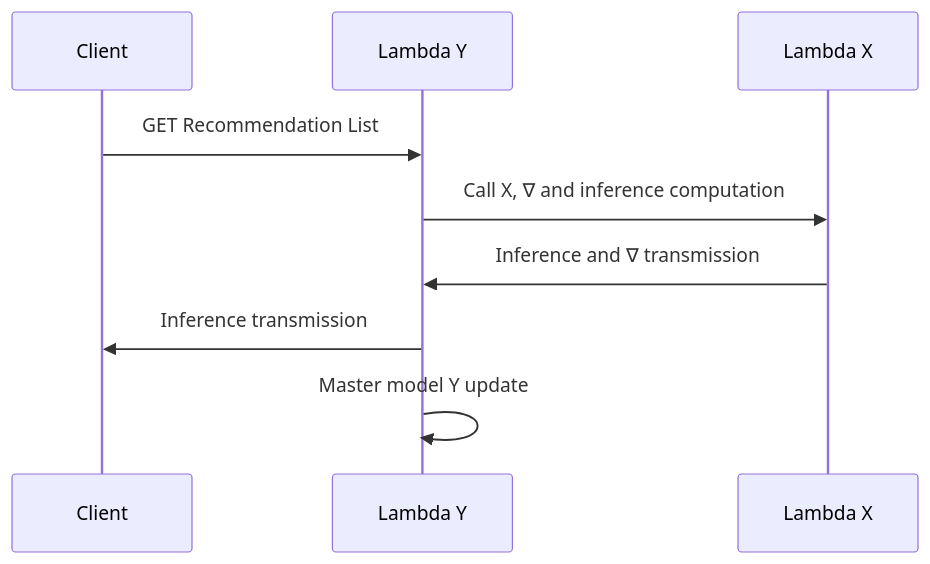
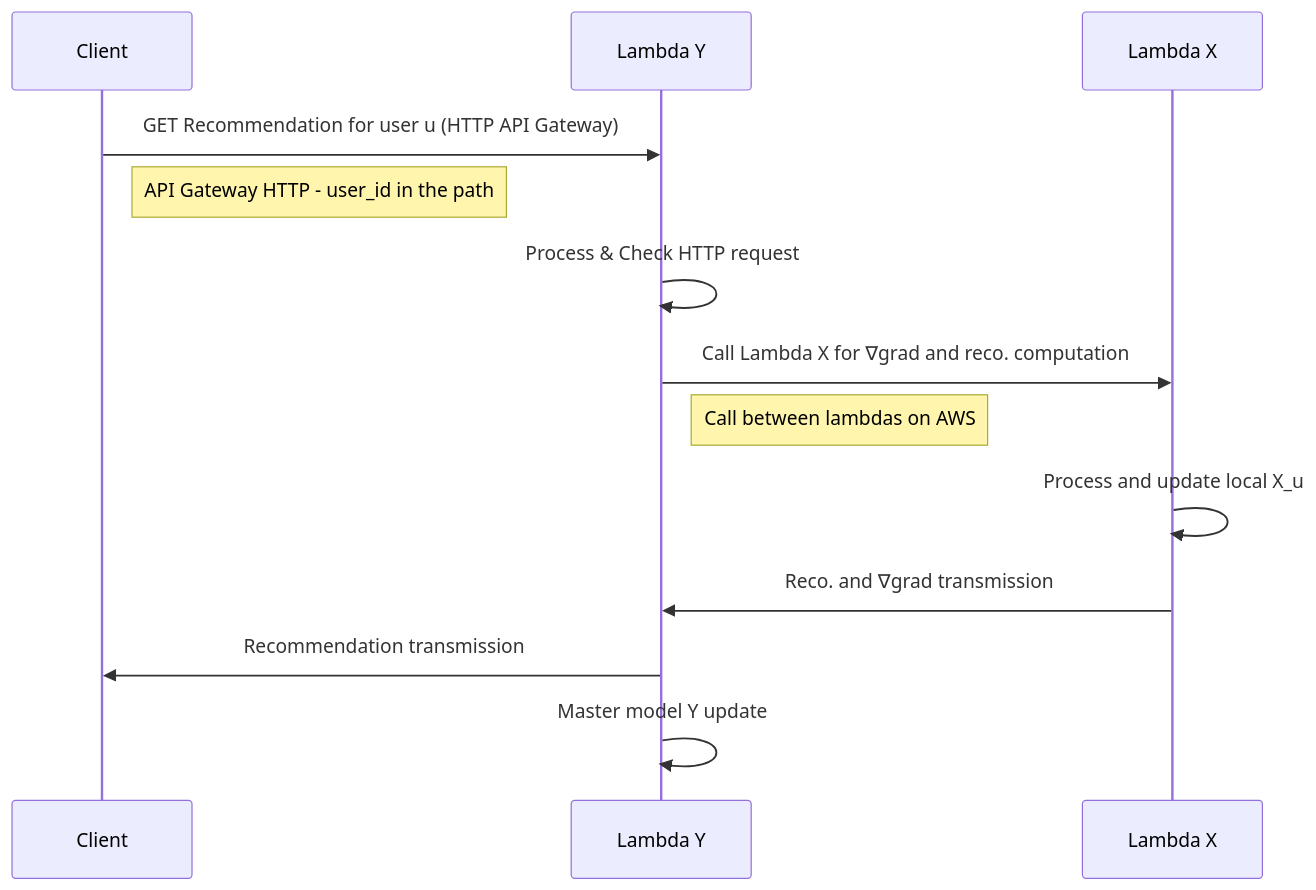
Before and after one commit to AdrKacz/super-duper-guacamole: the first of 2 diagrams in recommender-system/README.md, drawn with Mermaid. The commit also changed other lines of this file, not shown here.

````diff
--- a/recommender-system/README.md
+++ b/recommender-system/README.md
@@ -92,11 +117,15 @@
 ```mermaid
 sequenceDiagram
       participant Client as Client
       participant Model as Lambda Y
       participant Model2 as Lambda X
-      Client ->> Model: GET Recommendation List
-      Model ->> Model2: Call X, ∇ and inference computation
-      Model2 ->> Model: Inference and ∇ transmission
-      Model ->> Client: Inference transmission
-      Model ->> Model: Master model Y update  
+      Client ->> Model: GET Recommendation for user u (HTTP API Gateway)
+      Note right of Client: API Gateway HTTP - user_id in the path
+      Model ->> Model: Process & Check HTTP request
+      Model ->> Model2: Call Lambda X for ∇grad and reco. computation
+      Note right of Model: Call between lambdas on AWS
+      Model2 ->> Model2: Process and update local X_u
+      Model2 ->> Model: Reco. and ∇grad transmission
+      Model ->> Client: Recommendation transmission
+      Model ->> Model: Master model Y update 
 ```
````
